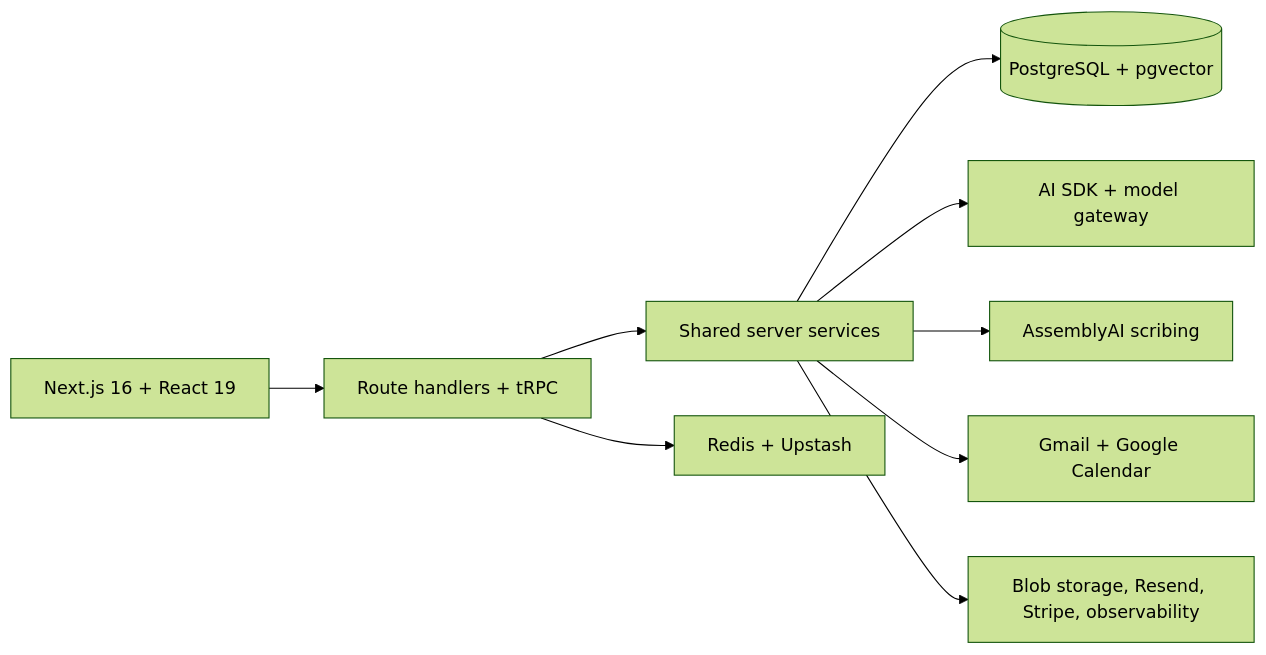
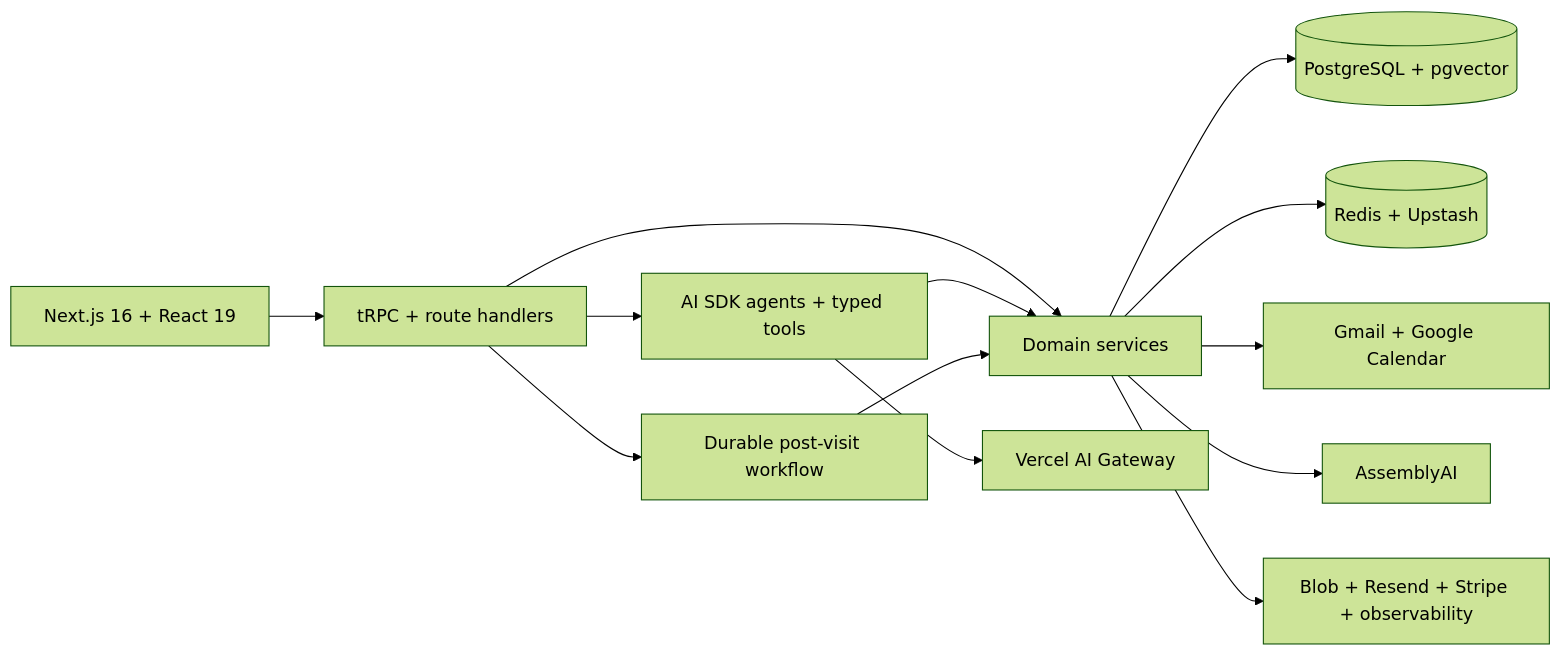
One commit to kaissalha/getolv changed the diagram in README.md. Above: the diagram before and after it, drawn with Mermaid (forest theme). The commit also changed other lines of this file, not shown here.

````diff
--- a/README.md
+++ b/README.md
@@ -30,11 +41,15 @@
 ```mermaid
 flowchart LR
-    UI["Next.js 16 + React 19"] --> API["Route handlers + tRPC"]
-    API --> Domain["Shared server services"]
-    Domain --> DB[("PostgreSQL + pgvector")]
-    Domain --> AI["AI SDK + model gateway"]
-    Domain --> Scribe["AssemblyAI scribing"]
-    Domain --> Integrations["Gmail + Google Calendar"]
-    API --> Cache["Redis + Upstash"]
-    Domain --> Platform["Blob storage, Resend, Stripe, observability"]
+    Web["Next.js 16 + React 19"] --> API["tRPC + route handlers"]
+    API --> Domain["Domain services"]
+    API --> Agents["AI SDK agents + typed tools"]
+    API --> Workflow["Durable post-visit workflow"]
+    Agents --> Gateway["Vercel AI Gateway"]
+    Agents --> Domain
+    Workflow --> Domain
+    Domain --> Data[("PostgreSQL + pgvector")]
+    Domain --> Cache[("Redis + Upstash")]
+    Domain --> Practice["Gmail + Google Calendar"]
+    Domain --> Scribe["AssemblyAI"]
+    Domain --> Platform["Blob + Resend + Stripe + observability"]
 ```
````
